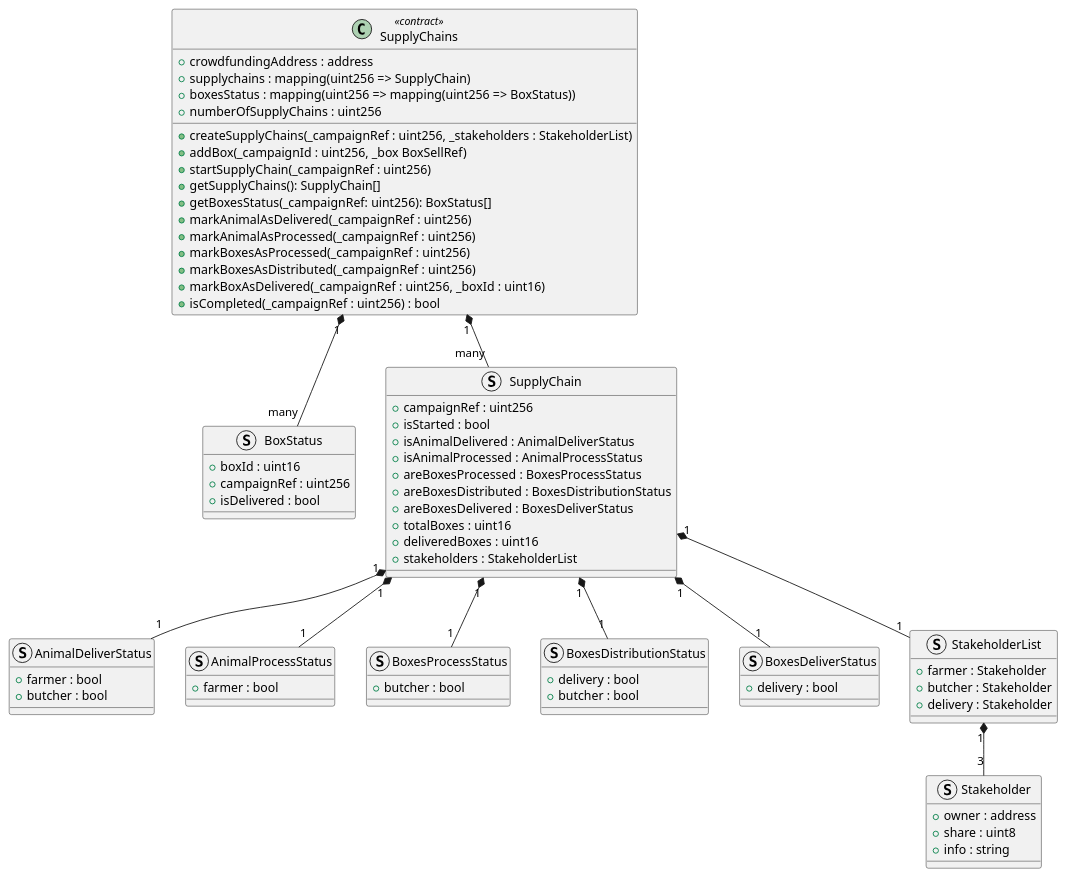
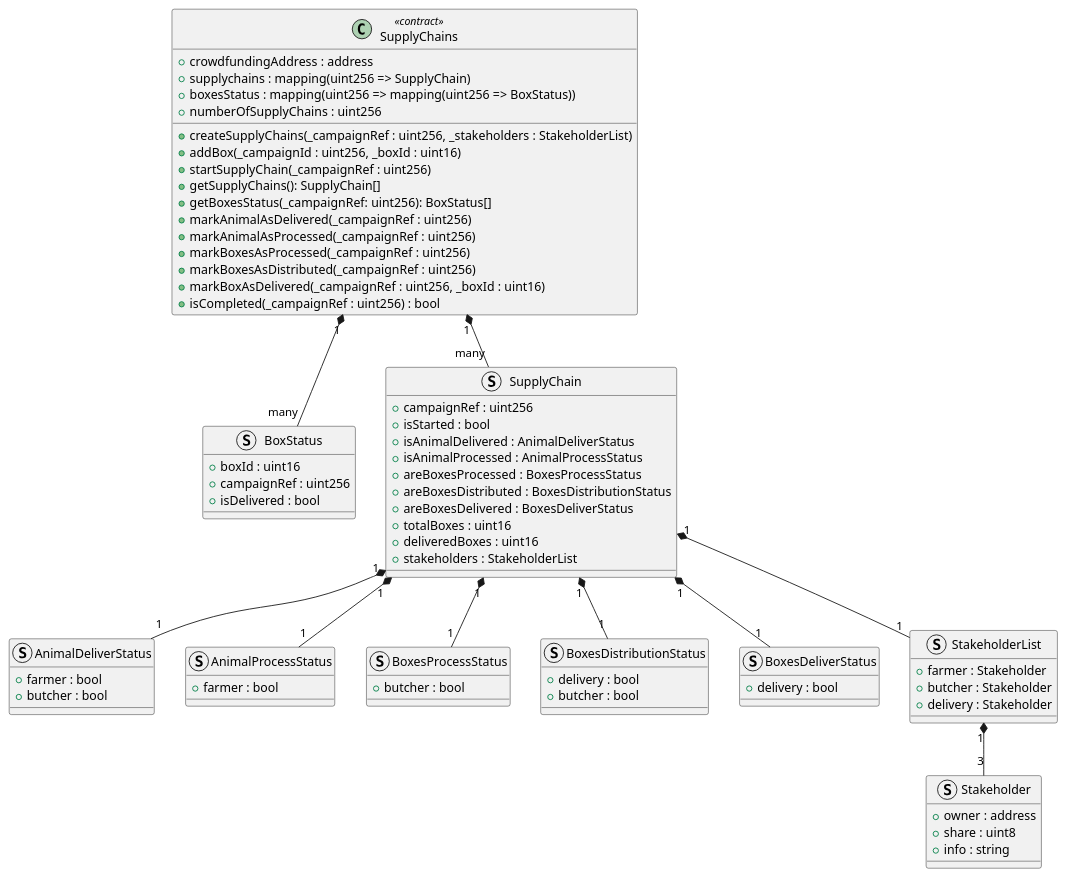
The diagram in docs/supplyChainClass.plantuml (mstolin/146157_Blockchain), drawn with PlantUML before and after one commit.

Commit message:
Updated Supply Chain UML

```diff
--- a/docs/supplyChainClass.plantuml
+++ b/docs/supplyChainClass.plantuml
@@ -1,75 +1,75 @@
 @startuml SupplyChains
 class SupplyChains <<contract>> {
   {field} +crowdfundingAddress : address
   {field} +supplychains : mapping(uint256 => SupplyChain)
   {field} +boxesStatus : mapping(uint256 => mapping(uint256 => BoxStatus))
   {field} +numberOfSupplyChains : uint256
   {method} +createSupplyChains(_campaignRef : uint256, _stakeholders : StakeholderList)
-  {method} +addBox(_campaignId : uint256, _box BoxSellRef)
+  {method} +addBox(_campaignId : uint256, _boxId : uint16)
   {method} +startSupplyChain(_campaignRef : uint256)
   {method} +getSupplyChains(): SupplyChain[]
   {method} +getBoxesStatus(_campaignRef: uint256): BoxStatus[]
   {method} +markAnimalAsDelivered(_campaignRef : uint256)
   {method} +markAnimalAsProcessed(_campaignRef : uint256)
   {method} +markBoxesAsProcessed(_campaignRef : uint256)
   {method} +markBoxesAsDistributed(_campaignRef : uint256)
   {method} +markBoxAsDelivered(_campaignRef : uint256, _boxId : uint16)
   {method} +isCompleted(_campaignRef : uint256) : bool
 }
 struct BoxStatus {
   +boxId : uint16
   +campaignRef : uint256
   +isDelivered : bool
 }
 struct SupplyChain {
   +campaignRef : uint256
   +isStarted : bool
   +isAnimalDelivered : AnimalDeliverStatus
   +isAnimalProcessed : AnimalProcessStatus
   +areBoxesProcessed : BoxesProcessStatus
   +areBoxesDistributed : BoxesDistributionStatus
   +areBoxesDelivered : BoxesDeliverStatus
   +totalBoxes : uint16
   +deliveredBoxes : uint16
   +stakeholders : StakeholderList
 }
 struct AnimalDeliverStatus {
   +farmer : bool
   +butcher : bool
 }
 struct AnimalProcessStatus {
   +farmer : bool
 }
 struct BoxesProcessStatus {
   +butcher : bool
 }
 struct BoxesDistributionStatus {
   +delivery : bool
   +butcher : bool
 }
 struct BoxesDeliverStatus {
   +delivery : bool
 }
 struct Stakeholder {
   +owner : address
   +share : uint8
   +info : string
 }
 struct StakeholderList {
   +farmer : Stakeholder
   +butcher : Stakeholder
   +delivery : Stakeholder
 }
 
 SupplyChains "1" *-- "many" SupplyChain
 SupplyChain "1" *-- "1" AnimalDeliverStatus
 SupplyChain "1" *-- "1" AnimalProcessStatus
 SupplyChain "1" *-- "1" BoxesProcessStatus
 SupplyChain "1" *-- "1" BoxesDistributionStatus
 SupplyChain "1" *-- "1" BoxesDeliverStatus
 SupplyChain "1" *-- "1" StakeholderList
 StakeholderList "1" *-- "3" Stakeholder
 
 SupplyChains "1" *-- "many" BoxStatus
 
 @enduml
```
